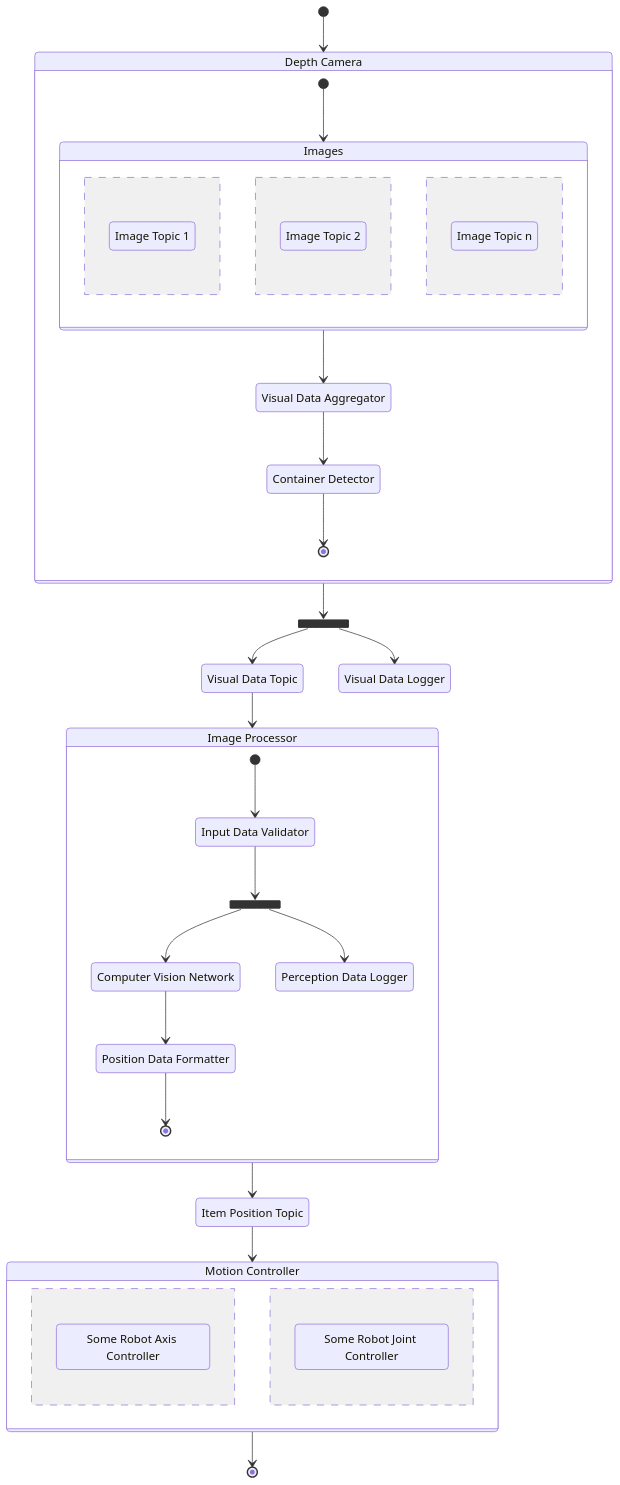
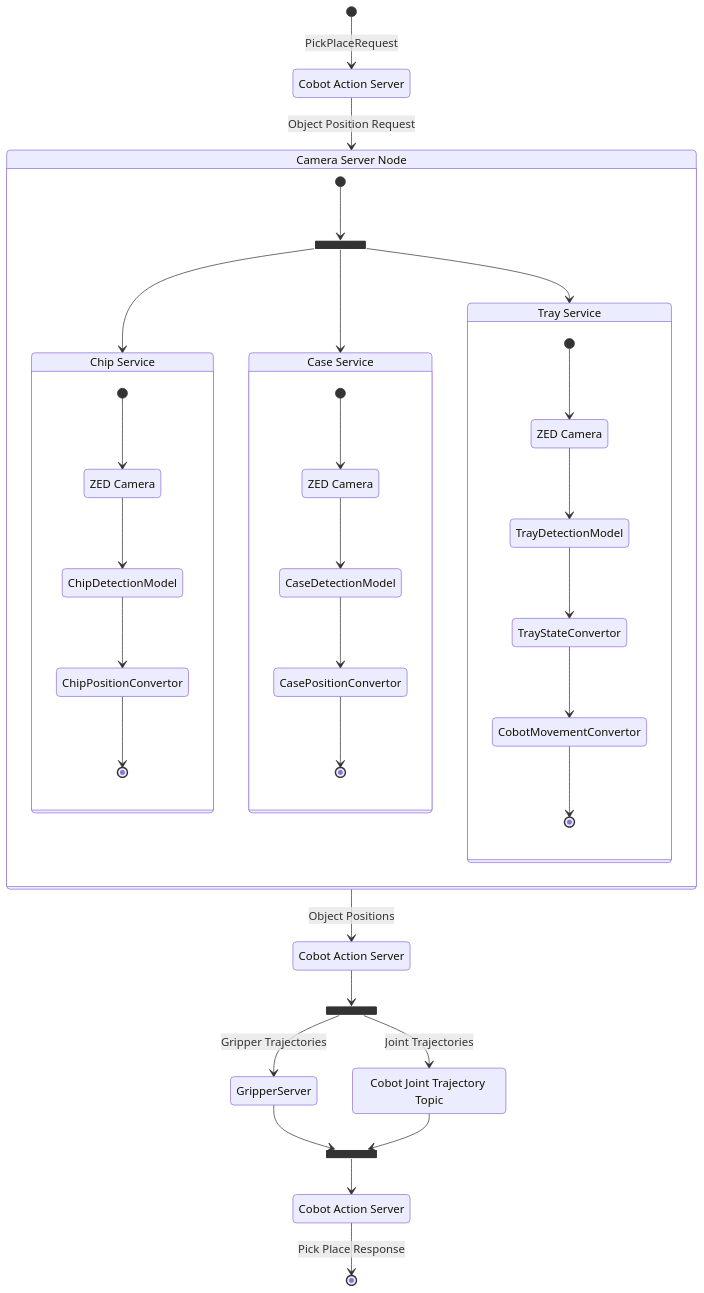
Before and after one commit to kanbanyte/sepb: the second of 4 diagrams in assessments/sepa/sadrr.md, drawn with Mermaid. The commit also changed other lines of this file, not shown here.

Commit message:
Updated system architecture

````diff
--- a/assessments/sepa/sadrr.md
+++ b/assessments/sepa/sadrr.md
@@ -257,69 +260,58 @@
 ```mermaid
 stateDiagram-v2
 	direction TB
-	state fork1 <<fork>>
-	state fork2 <<fork>>
+    state camera_fork <<fork>>
 
-	%% Topics
-	state "Image Topic 1" as Img1
-	state "Image Topic 2" as Img2
-	state "Image Topic n" as ImgN
-	state "Visual Data Topic" as VisualData
-	state "Item Position Topic" as Item
+	state "ZED Camera" as Camera1
+	state "ZED Camera" as Camera2
+	state "ZED Camera" as Camera3
 
-	%% Sub-components in the Depth Camera
-	state "Visual Data Aggregator" as Aggregator
-	state "Container Detector" as Detector
-	state "Visual Data Logger" as CameraLog
-
-	%% Sub-components in the Image Processing System
-	state "Input Data Validator" as Validator
-	state "Computer Vision Network" as Network
-	state "Perception Data Logger" as SystemLog
-	state "Position Data Formatter" as Formatter
-
-	%% Sub-components in the Motion Controller
-	state "Some Robot Axis Controller" as AxisCtrl
-	state "Some Robot Joint Controller" as JointCtrl
-
-	%% Components and relationships within them
-	state "Depth Camera" as Camera {
-		[*] --> Images
-		Images --> Aggregator
-		Aggregator --> Detector
-		Detector --> [*]
+	state "Chip Service" as ChipService {
+		[*] --> Camera1
+		Camera1 --> ChipDetectionModel
+		ChipDetectionModel --> ChipPositionConvertor
+		ChipPositionConvertor --> [*]
 	}
 
-	state "Image Processor" as ImgProcessor {
-		[*] --> Validator
-		Validator --> fork1
-		fork1 --> Network
-		fork1 --> SystemLog
-		Network --> Formatter
-		Formatter --> [*]
+	state "Case Service" as CaseService {
+		[*] --> Camera2
+		Camera2 --> CaseDetectionModel
+		CaseDetectionModel --> CasePositionConvertor
+		CasePositionConvertor --> [*]
 	}
 
-	state "Motion Controller" as Controller {
-		AxisCtrl
-		--
-		JointCtrl
+	state "Tray Service" as TrayService {
+		[*] --> Camera3
+		Camera3 --> TrayDetectionModel
+		TrayDetectionModel --> TrayStateConvertor
+		TrayStateConvertor --> CobotMovementConvertor
+		CobotMovementConvertor --> [*]
 	}
 
-	%% Further Implemented Concurrency
-	state Images {
-		Img1
-		--
-		Img2
-		--
-		ImgN
+	state "Camera Server Node" as CameraServer {
+		[*] --> camera_fork
+		camera_fork --> ChipService
+		camera_fork --> CaseService
+		camera_fork --> TrayService
 	}
 
-	[*] --> Camera
-	Camera --> fork2
-	fork2 --> VisualData
-	fork2 --> CameraLog
-	VisualData --> ImgProcessor
-	ImgProcessor --> Item
-	Item --> Controller
-	Controller --> [*]
+	state "Cobot Action Server" as CobotActionServer1
+	state "Cobot Action Server" as CobotActionServer2
+	state "Cobot Action Server" as CobotActionServer3
+
+	state cobot_fork <<fork>>
+	state cobot_join <<join>>
+
+	state "Cobot Joint Trajectory Topic" as CobotTopic
+
+	[*] --> CobotActionServer1: PickPlaceRequest
+	CobotActionServer1 --> CameraServer : Object Position Request
+	CameraServer --> CobotActionServer2 : Object Positions
+	CobotActionServer2 --> cobot_fork
+	cobot_fork --> CobotTopic : Joint Trajectories
+	cobot_fork --> GripperServer : Gripper Trajectories
+	GripperServer --> cobot_join
+	CobotTopic --> cobot_join
+	cobot_join --> CobotActionServer3
+	CobotActionServer3 --> [*] : Pick Place Response
 ```
````
